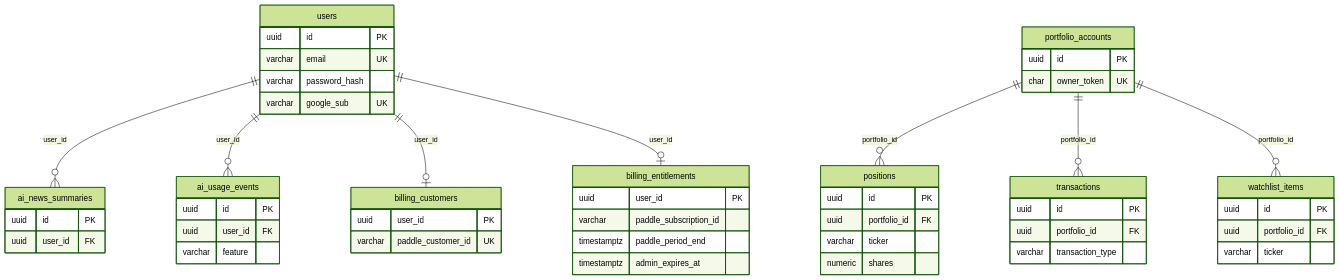
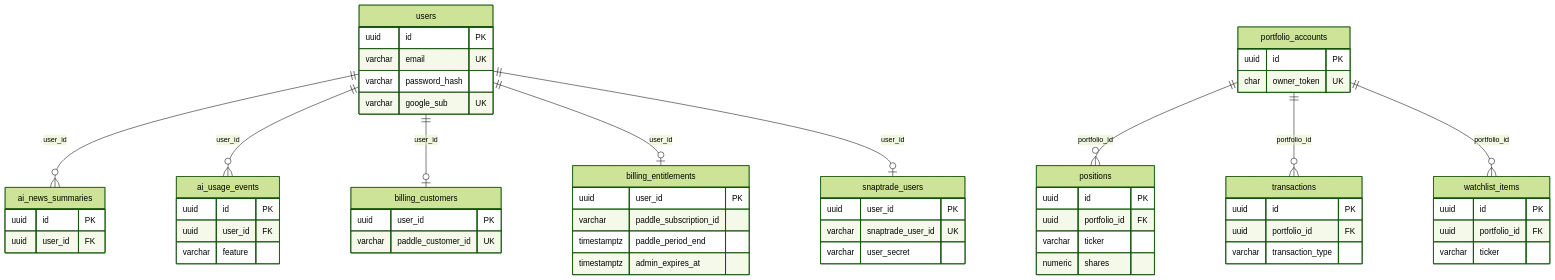
Before and after one commit to Krepto-vlad/Krepton-Analitics: the diagram in Docs/diploma/thesis/docs/appendices/db-schema.md, drawn with Mermaid (forest theme). The commit also changed other lines of this file and 50 other files, not shown here.

````diff
--- a/Docs/diploma/thesis/docs/appendices/db-schema.md
+++ b/Docs/diploma/thesis/docs/appendices/db-schema.md
@@ -17,55 +17,61 @@
 ```mermaid
 erDiagram
   users ||--o{ ai_news_summaries : "user_id"
   users ||--o{ ai_usage_events : "user_id"
   users ||--o| billing_customers : "user_id"
   users ||--o| billing_entitlements : "user_id"
+  users ||--o| snaptrade_users : "user_id"
   portfolio_accounts ||--o{ positions : "portfolio_id"
   portfolio_accounts ||--o{ transactions : "portfolio_id"
   portfolio_accounts ||--o{ watchlist_items : "portfolio_id"
   users {
     uuid id PK
     varchar email UK
     varchar password_hash
     varchar google_sub UK
   }
   portfolio_accounts {
     uuid id PK
     char owner_token UK
   }
   positions {
     uuid id PK
     uuid portfolio_id FK
     varchar ticker
     numeric shares
   }
   transactions {
     uuid id PK
     uuid portfolio_id FK
     varchar transaction_type
   }
   watchlist_items {
     uuid id PK
     uuid portfolio_id FK
     varchar ticker
   }
   ai_news_summaries {
     uuid id PK
     uuid user_id FK
   }
   ai_usage_events {
     uuid id PK
     uuid user_id FK
     varchar feature
   }
   billing_customers {
     uuid user_id PK
     varchar paddle_customer_id UK
   }
   billing_entitlements {
     uuid user_id PK
     varchar paddle_subscription_id
     timestamptz paddle_period_end
     timestamptz admin_expires_at
   }
+  snaptrade_users {
+    uuid user_id PK
+    varchar snaptrade_user_id UK
+    varchar user_secret
+  }
 ```
````
